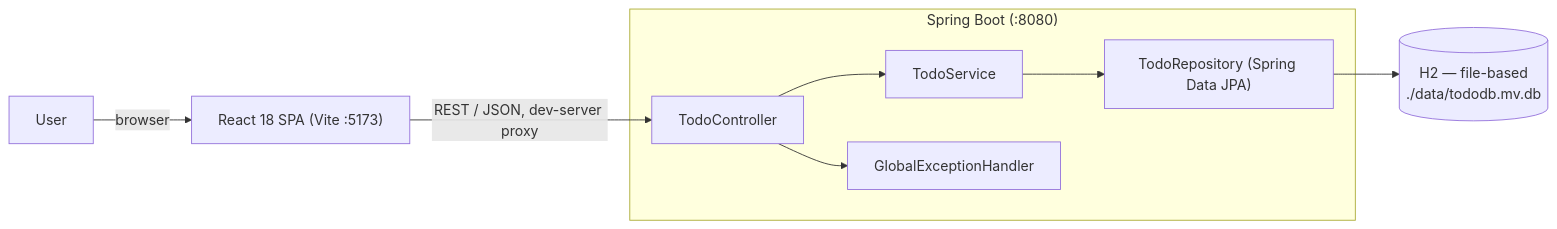
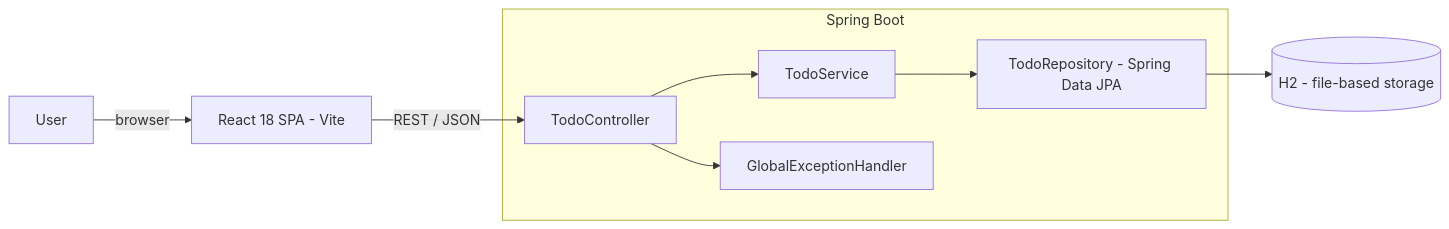
The diagram in README.md (AliAkbarBaloch/ToDo-Application), drawn with Mermaid before and after one commit.

Commit message:
docs: fix Mermaid architecture diagram for GitHub rendering
Removes the \n line break inside the H2 node label and quoted labels
with nested parentheses/colons, which can trigger GitHub's "Unable to
render rich display" error for Mermaid blocks.

````diff
--- a/README.md
+++ b/README.md
@@ -38,11 +38,13 @@
 ```mermaid
 flowchart LR
-    User -->|browser| React["React 18 SPA (Vite :5173)"]
-    React -->|REST / JSON, dev-server proxy| Controller
-    subgraph SpringBoot["Spring Boot (:8080)"]
-        Controller["TodoController"] --> Service["TodoService"]
-        Controller --> Handler["GlobalExceptionHandler"]
-        Service --> Repository["TodoRepository (Spring Data JPA)"]
+    User -->|browser| React[React 18 SPA - Vite]
+    React -->|REST / JSON| Controller
+
+    subgraph SpringBoot[Spring Boot]
+        Controller[TodoController] --> Service[TodoService]
+        Controller --> Handler[GlobalExceptionHandler]
+        Service --> Repository[TodoRepository - Spring Data JPA]
     end
-    Repository --> H2[("H2 — file-based\n./data/tododb.mv.db")]
+
+    Repository --> H2[(H2 - file-based storage)]
 ```
````
